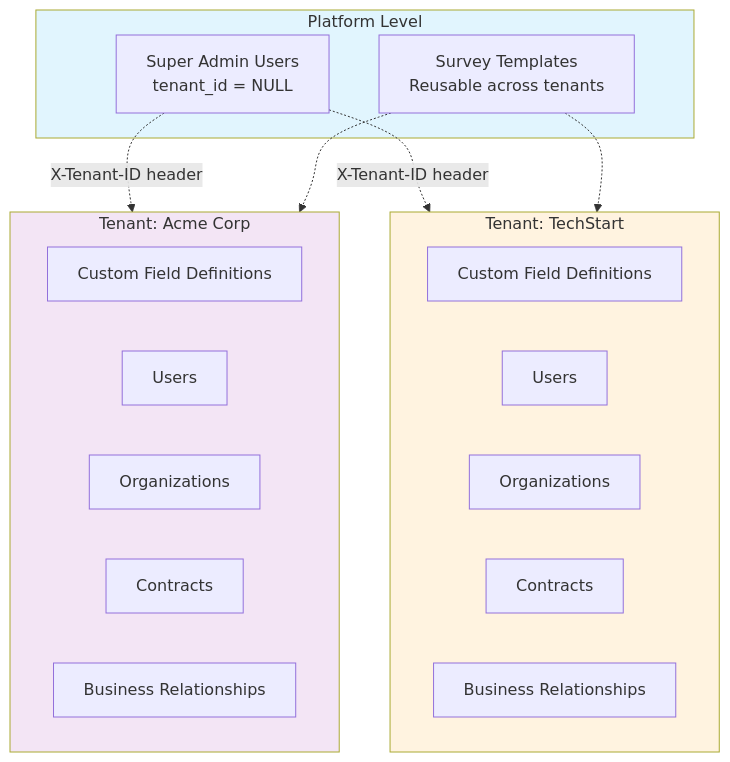
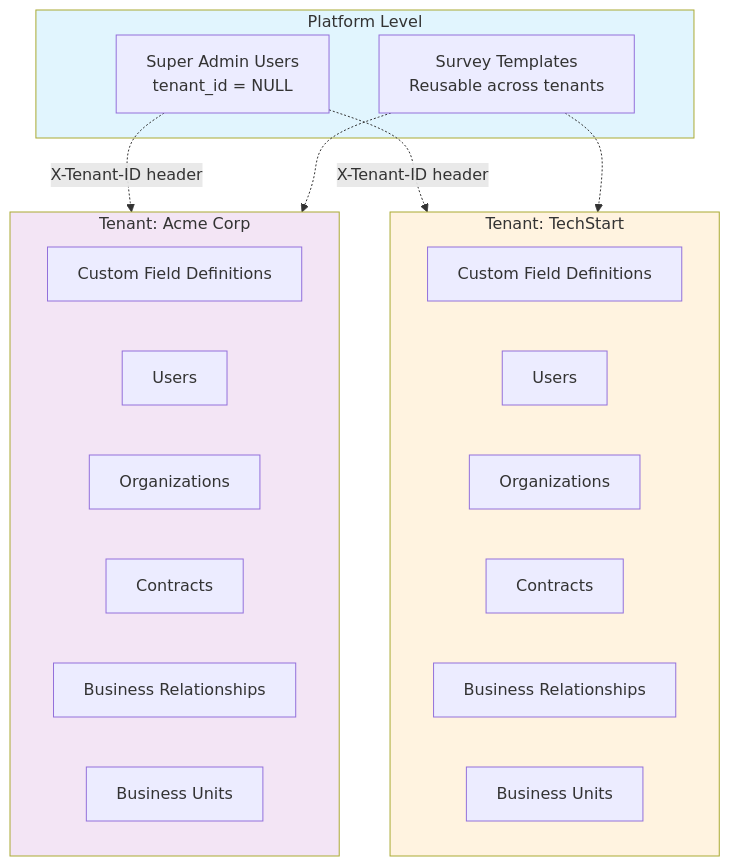
One commit to jjayarajdev/clm-evaluetor changed the third of 51 diagrams in docs/DATA_MODEL.md. Above: the diagram before and after it, drawn with Mermaid. The commit also changed other lines of this file and 19 other files, not shown here.

````diff
--- a/docs/DATA_MODEL.md
+++ b/docs/DATA_MODEL.md
@@ -92,32 +106,34 @@
 ```mermaid
 graph TB
     subgraph Platform["Platform Level"]
         SA[Super Admin Users<br/>tenant_id = NULL]
         ST[Survey Templates<br/>Reusable across tenants]
     end
 
     subgraph TenantA["Tenant: Acme Corp"]
         TA_CFD[Custom Field Definitions]
         TA_U[Users]
         TA_O[Organizations]
         TA_C[Contracts]
         TA_BR[Business Relationships]
+        TA_BU[Business Units]
     end
 
     subgraph TenantB["Tenant: TechStart"]
         TB_CFD[Custom Field Definitions]
         TB_U[Users]
         TB_O[Organizations]
         TB_C[Contracts]
         TB_BR[Business Relationships]
+        TB_BU[Business Units]
     end
 
     SA -.->|X-Tenant-ID header| TenantA
     SA -.->|X-Tenant-ID header| TenantB
     ST -.-> TenantA
     ST -.-> TenantB
 
     style Platform fill:#e1f5fe
     style TenantA fill:#f3e5f5
     style TenantB fill:#fff3e0
 ```
````
